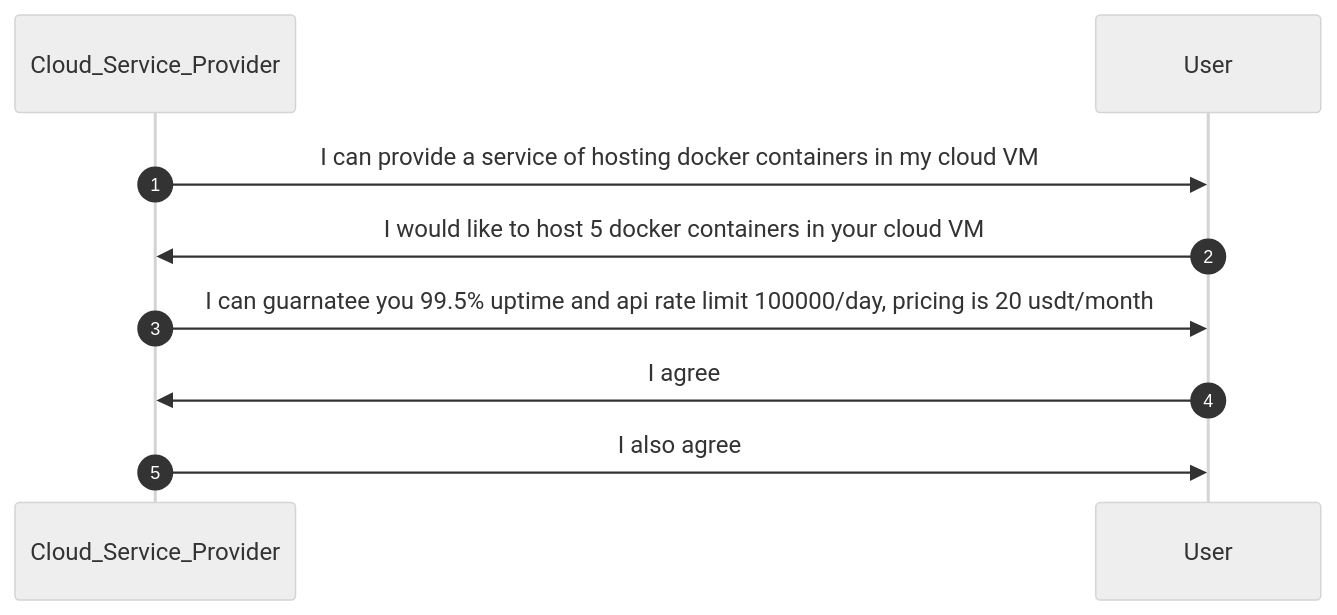
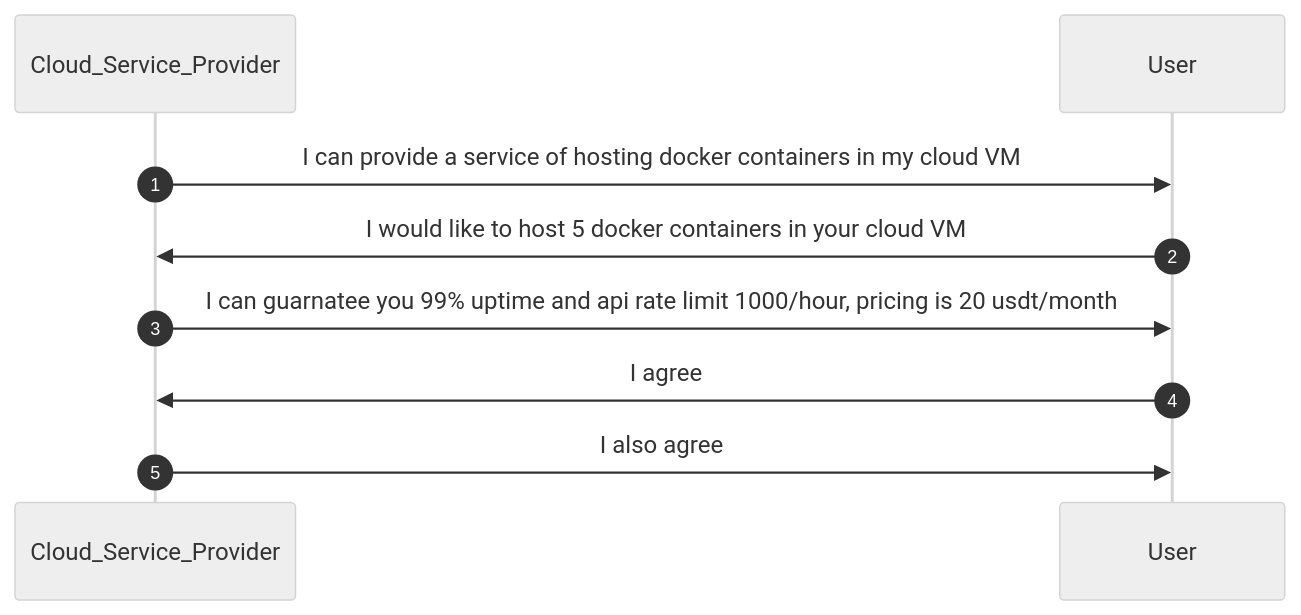
The second of 3 diagrams in phase1/sequence.md (twliu-dorian/deCloud), drawn with Mermaid (neutral theme) before and after one commit. The commit also changed other lines of this file and 2 other files, not shown here.

Commit message:
docs: update design and sequence diagram

````diff
--- a/phase1/sequence.md
+++ b/phase1/sequence.md
@@ -64,14 +78,14 @@
 ```mermaid
 sequenceDiagram
 
 autonumber
 
 participant CSP as Cloud_Service_Provider
 participant USR as User
 
 CSP ->> USR: I can provide a service of hosting docker containers in my cloud VM
 USR ->> CSP: I would like to host 5 docker containers in your cloud VM
-CSP ->> USR: I can guarnatee you 99.5% uptime and api rate limit 100000/day, pricing is 20 usdt/month
+CSP ->> USR: I can guarnatee you 99% uptime and api rate limit 1000/hour, pricing is 20 usdt/month
 USR ->> CSP: I agree
 CSP ->> USR: I also agree
 ```
````
